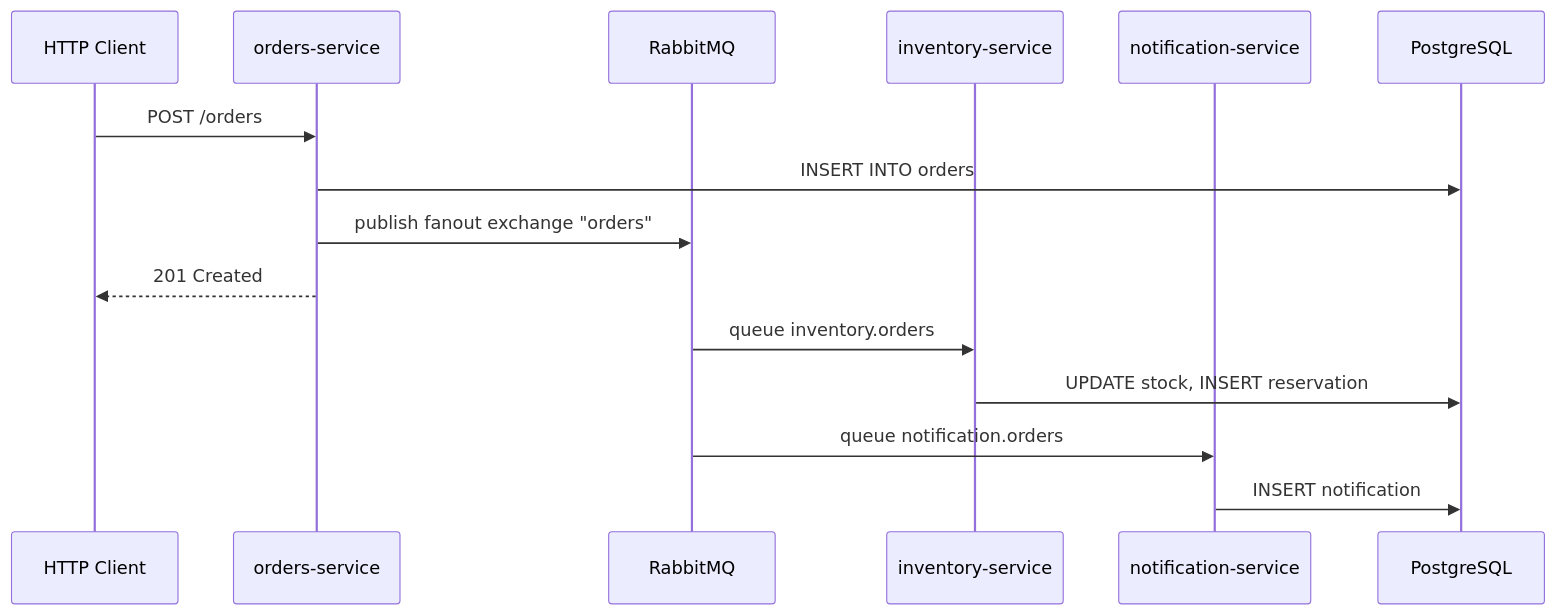
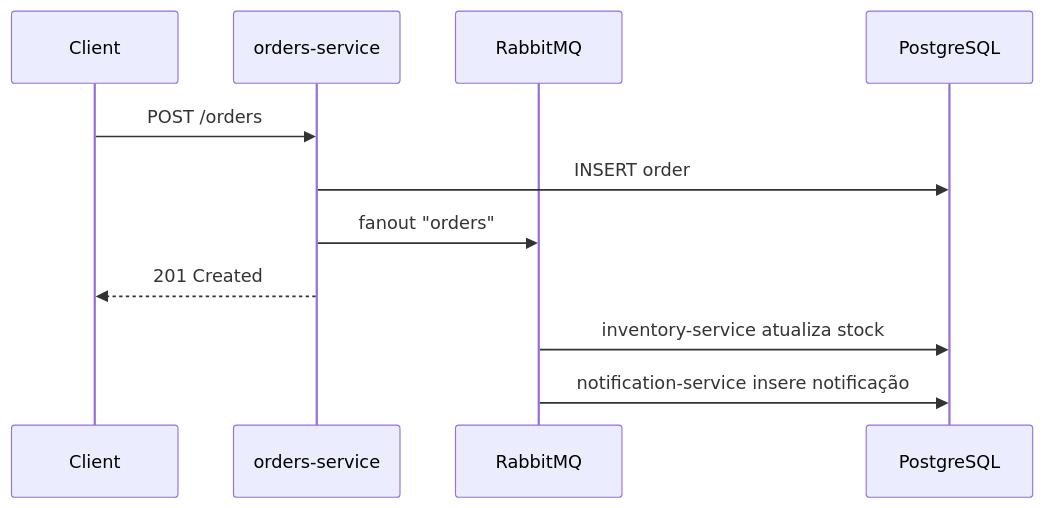
One commit to davixedes/workshop-app changed the first of 3 diagrams in architecture.md. Above: the diagram before and after it, drawn with Mermaid. The commit also changed other lines of this file, not shown here.

````diff
--- a/architecture.md
+++ b/architecture.md
@@ -5,20 +5,15 @@
 ```mermaid
 sequenceDiagram
-    participant Client as HTTP Client
+    participant Client
     participant OS as orders-service
     participant RMQ as RabbitMQ
-    participant IS as inventory-service
-    participant NS as notification-service
     participant PG as PostgreSQL
 
     Client->>OS: POST /orders
-    OS->>PG: INSERT INTO orders
-    OS->>RMQ: publish fanout exchange "orders"
+    OS->>PG: INSERT order
+    OS->>RMQ: fanout "orders"
     OS-->>Client: 201 Created
 
-    RMQ->>IS: queue inventory.orders
-    IS->>PG: UPDATE stock, INSERT reservation
-
-    RMQ->>NS: queue notification.orders
-    NS->>PG: INSERT notification
+    RMQ->>PG: inventory-service atualiza stock
+    RMQ->>PG: notification-service insere notificação
 ```
````
